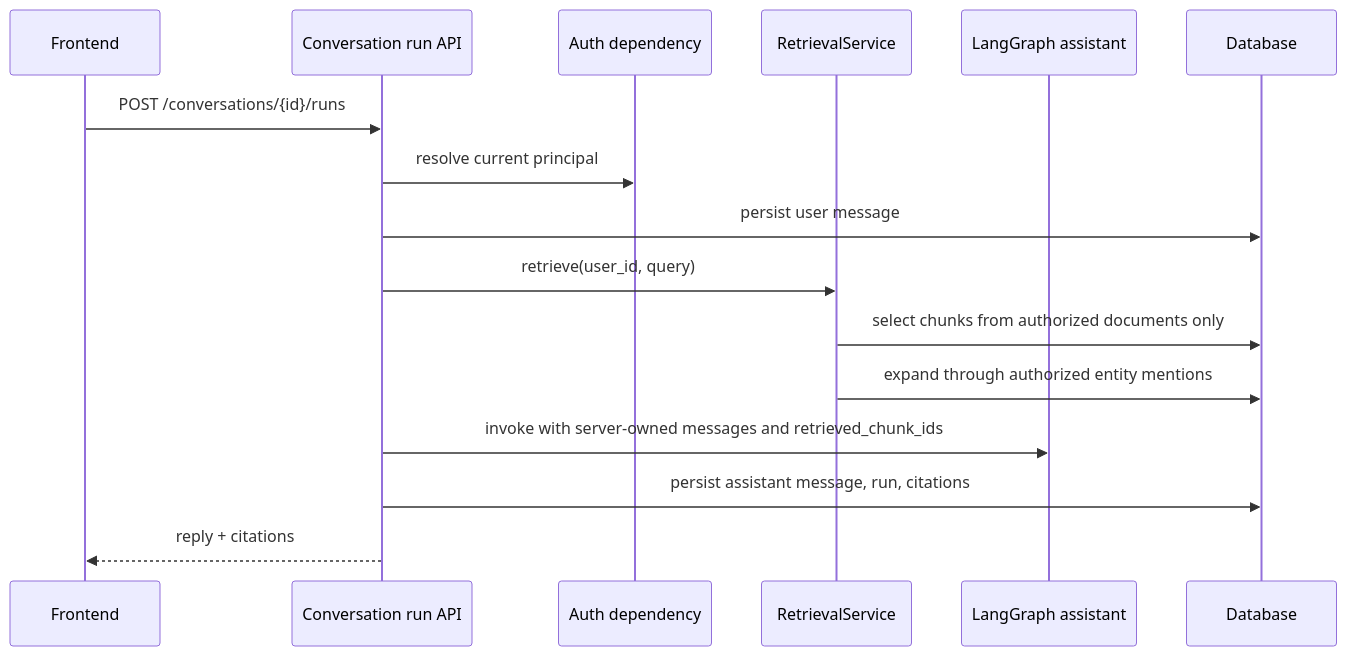
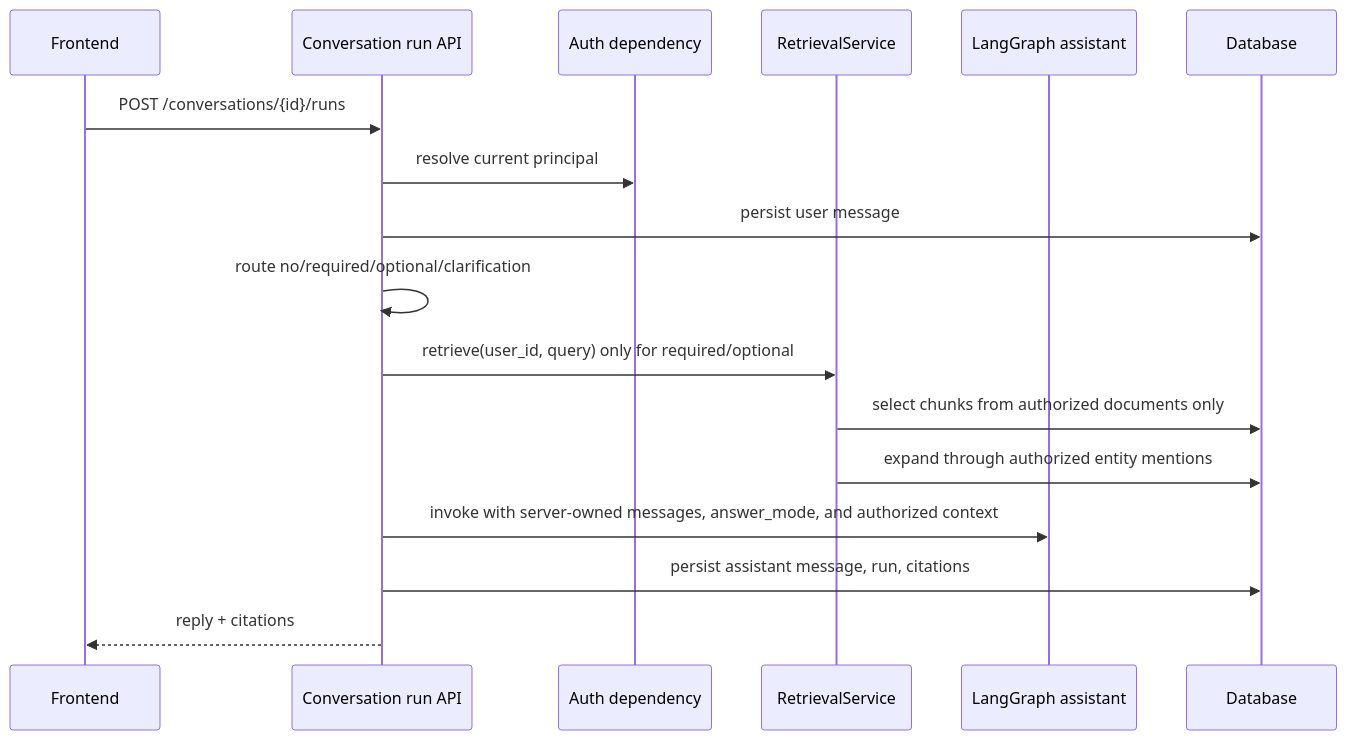
One commit to heecheon92/my-agents changed the first of 3 diagrams in docs/portfolio-chat-service/06-permission-aware-rag.md. Above: the diagram before and after it, drawn with Mermaid. The commit also changed other lines of this file and 25 other files, not shown here.

First line of the commit message:
Route retrieval before assistant graph replies

````diff
--- a/docs/portfolio-chat-service/06-permission-aware-rag.md
+++ b/docs/portfolio-chat-service/06-permission-aware-rag.md
@@ -37,19 +40,20 @@
 ```mermaid
 sequenceDiagram
     participant UI as Frontend
     participant API as Conversation run API
     participant Auth as Auth dependency
     participant R as RetrievalService
     participant G as LangGraph assistant
     participant DB as Database
 
     UI->>API: POST /conversations/{id}/runs
     API->>Auth: resolve current principal
     API->>DB: persist user message
-    API->>R: retrieve(user_id, query)
+    API->>API: route no/required/optional/clarification
+    API->>R: retrieve(user_id, query) only for required/optional
     R->>DB: select chunks from authorized documents only
     R->>DB: expand through authorized entity mentions
-    API->>G: invoke with server-owned messages and retrieved_chunk_ids
+    API->>G: invoke with server-owned messages, answer_mode, and authorized context
     API->>DB: persist assistant message, run, citations
     API-->>UI: reply + citations
 ```
````
